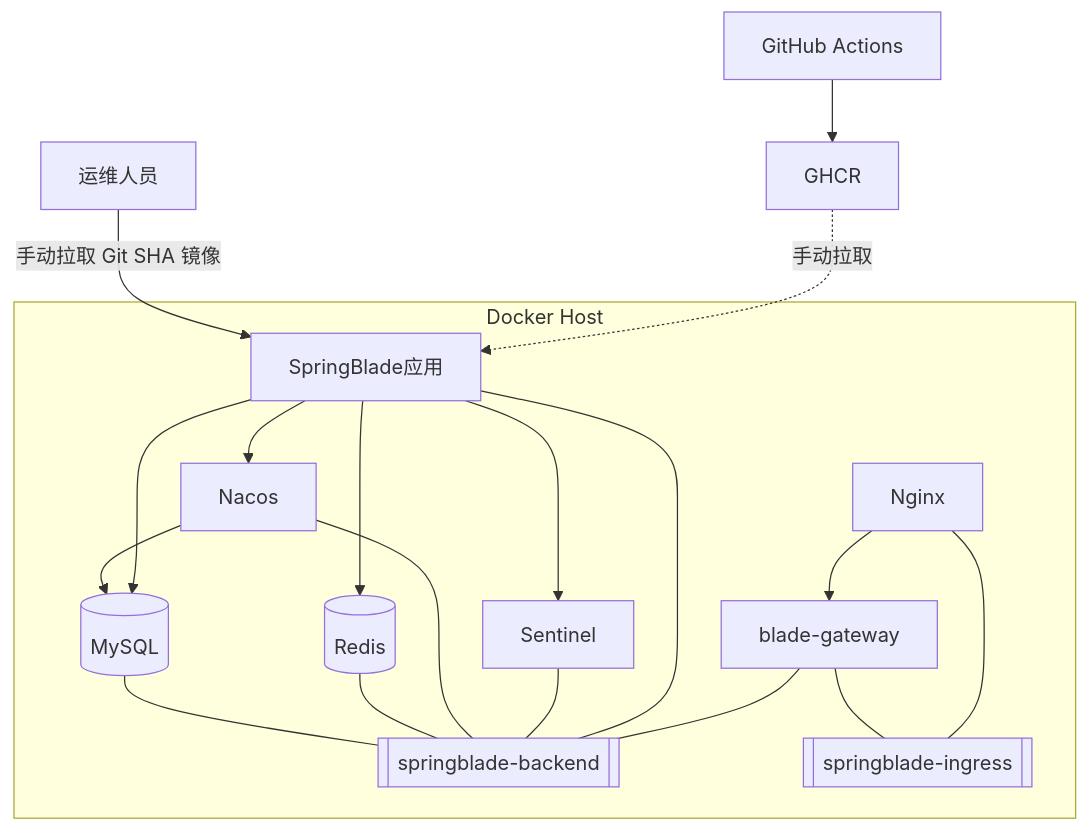
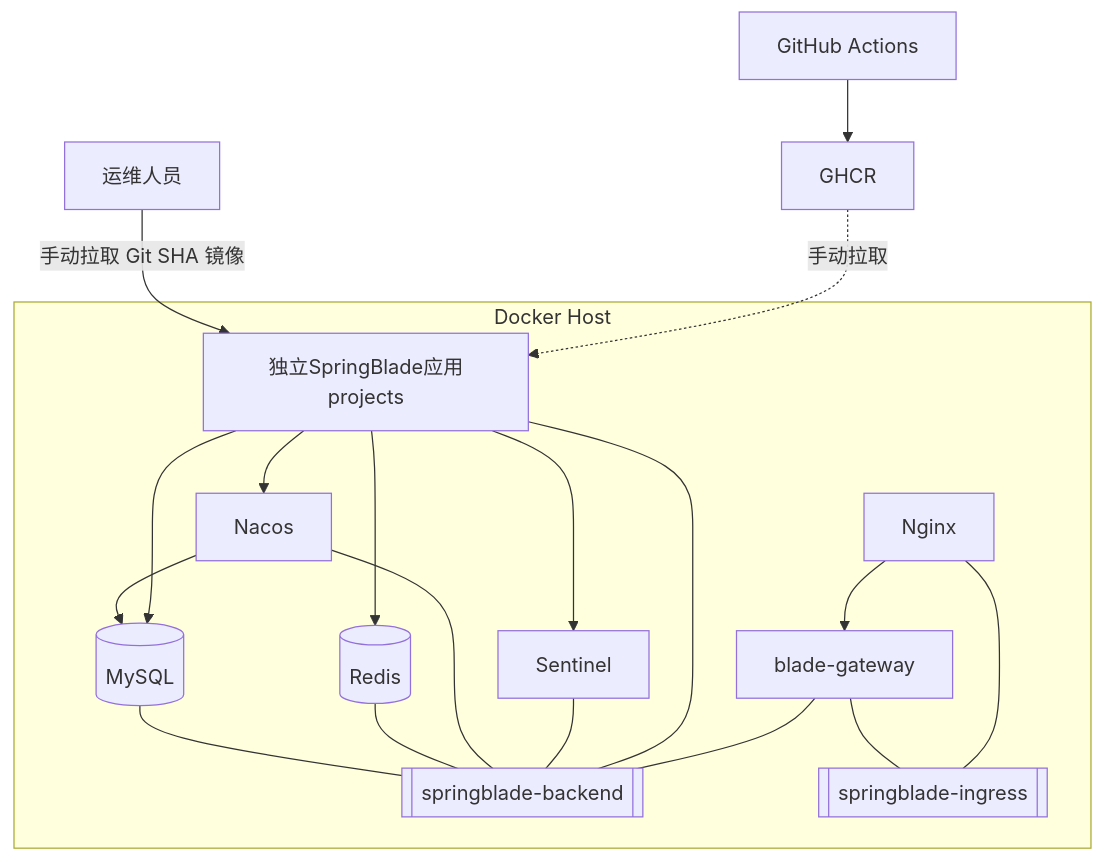
One commit to anInterestingName/SpringBlade changed the diagram in doc/design/DESIGN-REQ-2026-006-compose-deployment.md. Above: the diagram before and after it, drawn with Mermaid. The commit also changed other lines of this file and 24 other files, not shown here.

````diff
--- a/doc/design/DESIGN-REQ-2026-006-compose-deployment.md
+++ b/doc/design/DESIGN-REQ-2026-006-compose-deployment.md
@@ -58,33 +60,33 @@
 ```mermaid
 flowchart TB
     GH[GitHub Actions] --> GHCR[GHCR]
     OP[运维人员] -->|手动拉取 Git SHA 镜像| APP
 
     subgraph HOST[Docker Host]
         MYSQL[(MySQL)]
         REDIS[(Redis)]
         NACOS[Nacos]
         SENTINEL[Sentinel]
-        APP[SpringBlade应用]
+        APP[独立SpringBlade应用projects]
         GW[blade-gateway]
         NGINX[Nginx]
         BACKEND[[springblade-backend]]
         INGRESS[[springblade-ingress]]
     end
 
     GHCR -.->|手动拉取| APP
     NACOS --> MYSQL
     APP --> MYSQL
     APP --> REDIS
     APP --> NACOS
     APP --> SENTINEL
     NGINX --> GW
     MYSQL --- BACKEND
     REDIS --- BACKEND
     NACOS --- BACKEND
     SENTINEL --- BACKEND
     APP --- BACKEND
     GW --- BACKEND
     GW --- INGRESS
     NGINX --- INGRESS
 ```
````
